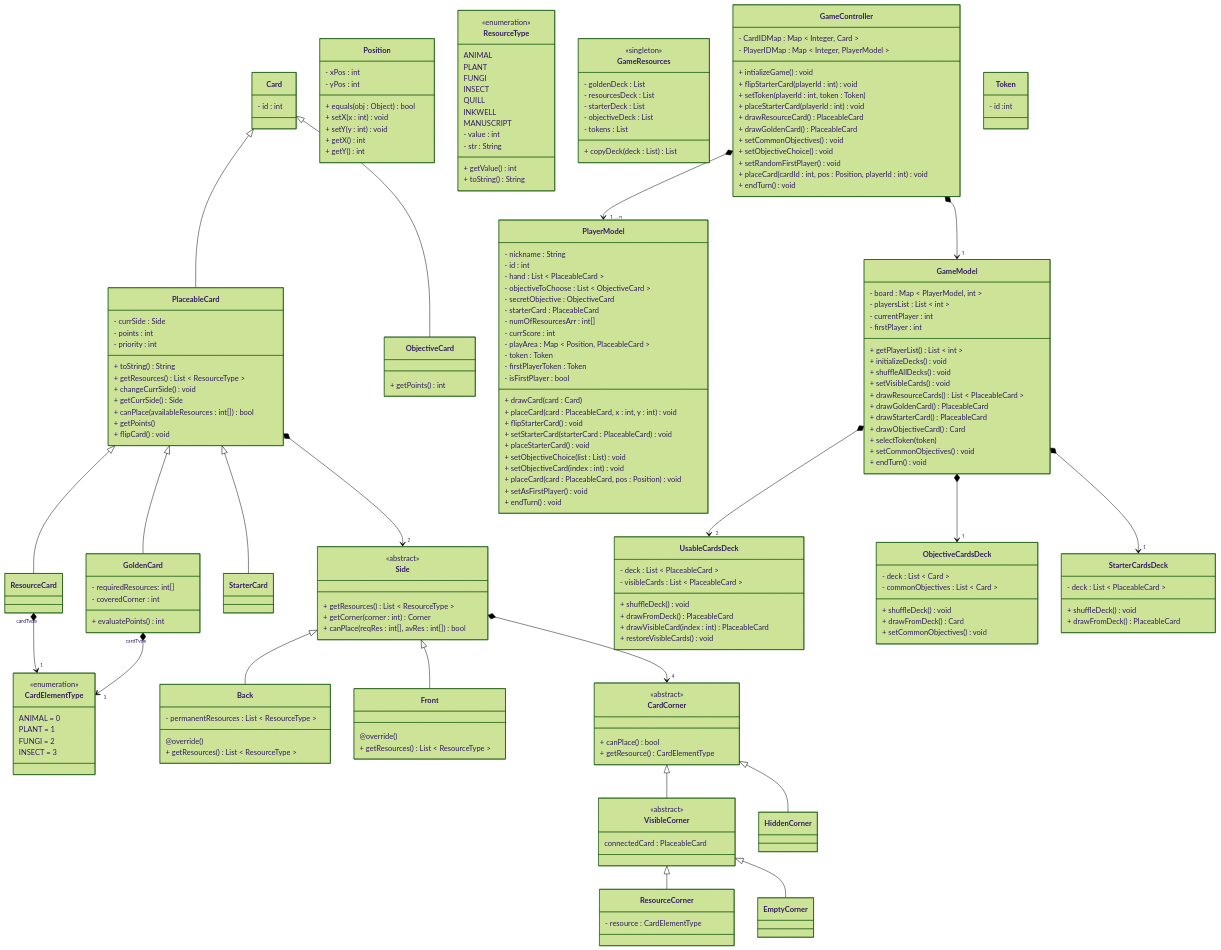
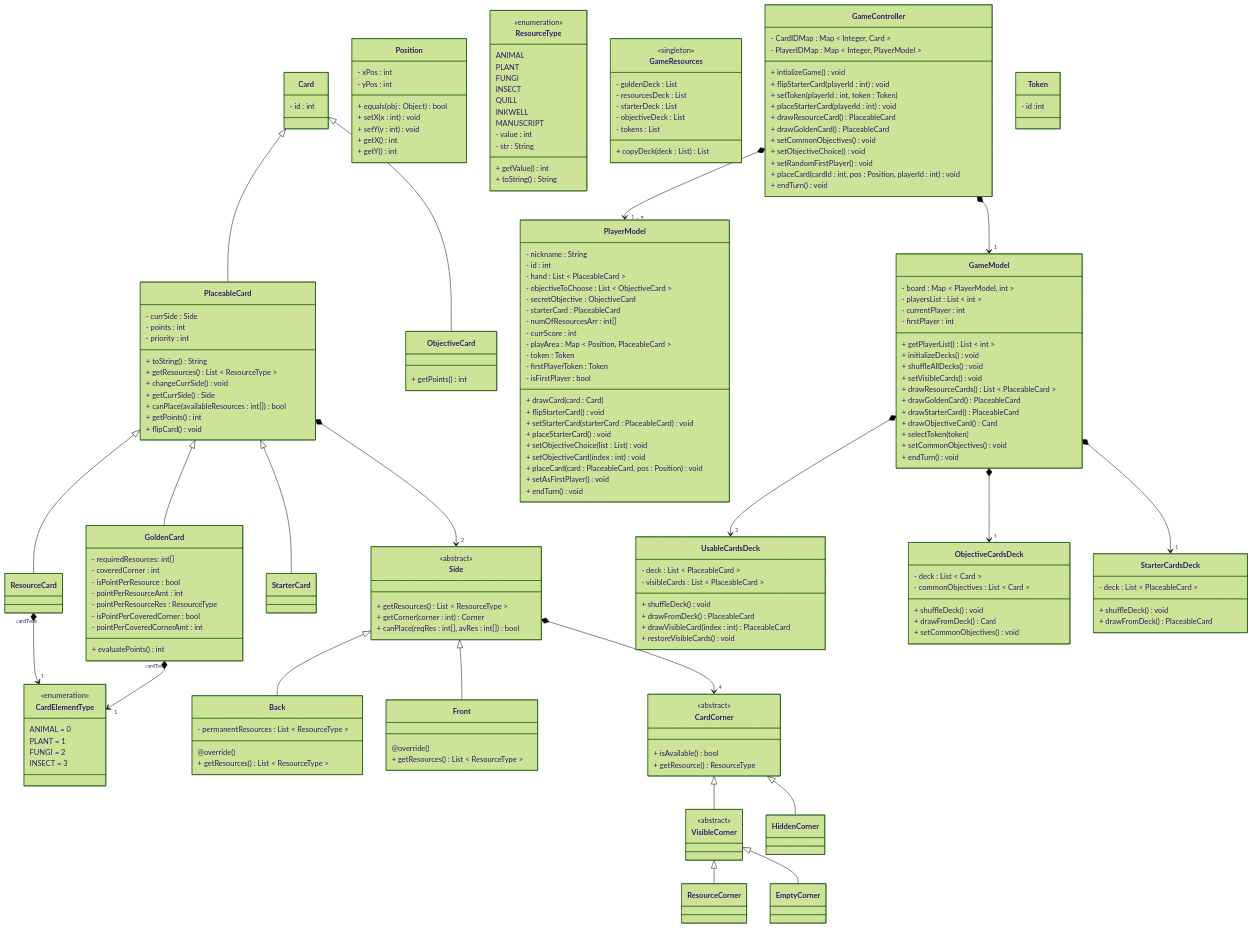
Before and after one commit to SteveOrDan/IS24-AM17: the diagram in README.md, drawn with Mermaid (forest theme). The commit also changed 21 other files, not shown here.

```diff
--- a/README.md
+++ b/README.md
@@ -17,7 +17,7 @@
     + changeCurrSide() void
     + getCurrSide() Side
     + canPlace(availableResources : int[]) bool
-    + getPoints()    
+    + getPoints() int
     + flipCard() void
 }
 
@@ -28,6 +28,13 @@
 class GoldenCard{
     - requiredResources: int[]
     - coveredCorner : int
+
+    - isPointPerResource : bool
+    - pointPerResourceAmt : int
+    - pointPerResourceRes : ResourceType
+
+    - isPointPerCoveredCorner : bool
+    - pointPerCoveredCornerAmt : int
     
     + evaluatePoints() int
 }
@@ -75,13 +82,13 @@
 
 class CardCorner{
     <<abstract>>
-    + canPlace() bool
-    + getResource() CardElementType
+    + isAvailable() bool
+    + getResource() ResourceType
 }
 
-class ResourceCorner{
-    - resource : CardElementType
-}
+%% class ResourceCorner{
+    
+%% }
 
 
 CardCorner <|-- VisibleCorner
@@ -91,7 +98,6 @@
 
 class VisibleCorner{
     <<abstract>>
-    connectedCard : PlaceableCard
 }
 
 class Position{
@@ -151,7 +157,6 @@
     - isFirstPlayer : bool
 
     + drawCard(card : Card)
-    + placeCard(card : PlaceableCard, x : int, y : int) void
     + flipStarterCard() void
     + setStarterCard(starterCard : PlaceableCard) void
     + placeStarterCard() void
```
